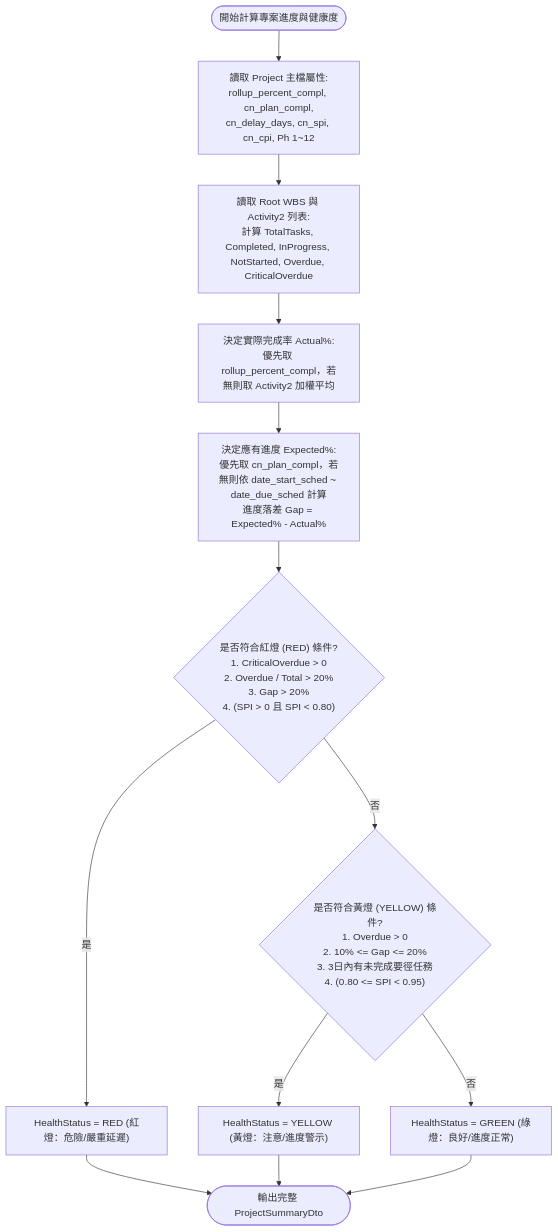
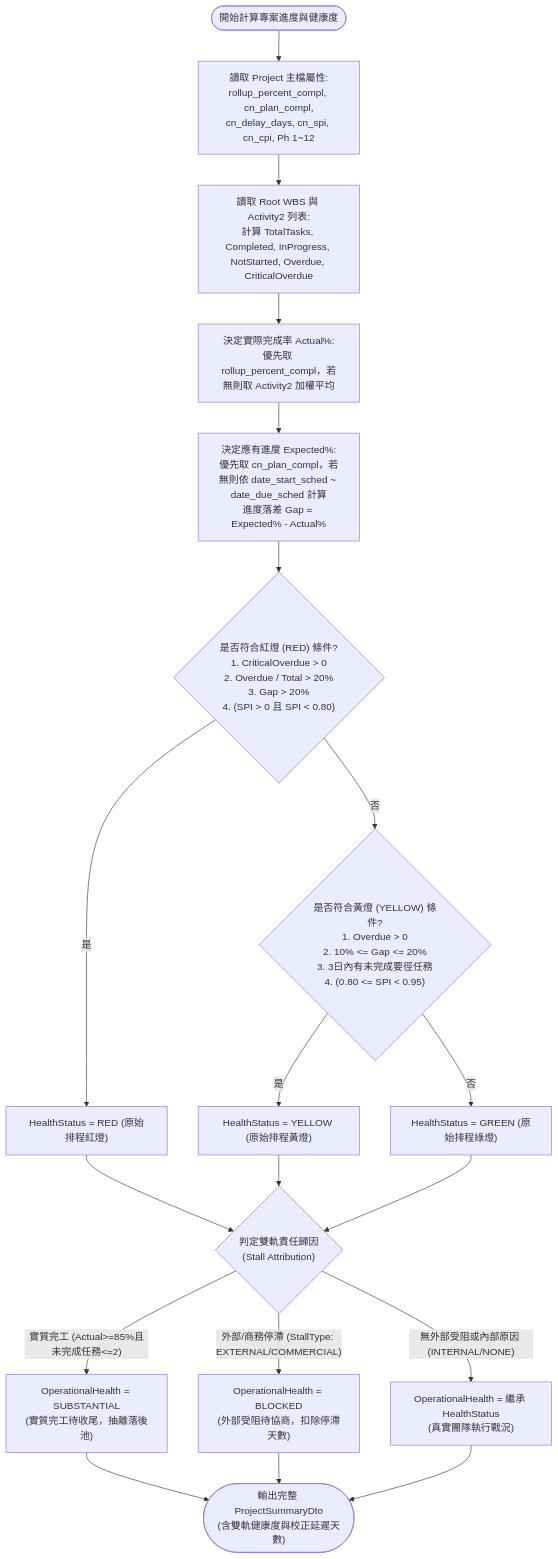
The sixth of 8 diagrams in spec.md (Jet0718/pmo_static), drawn with Mermaid before and after one commit. The commit also changed other lines of this file and 13 other files, not shown here.

````diff
--- a/spec.md
+++ b/spec.md
@@ -480,17 +526,25 @@
 ```mermaid
 flowchart TD
     Start(["開始計算專案進度與健康度"]) --> ExtractProj["讀取 Project 主檔屬性:\nrollup_percent_compl, cn_plan_compl,\ncn_delay_days, cn_spi, cn_cpi, Ph 1~12"]
     ExtractProj --> ExtractWbsAct["讀取 Root WBS 與 Activity2 列表:\n計算 TotalTasks, Completed, InProgress, NotStarted, Overdue, CriticalOverdue"]
     ExtractWbsAct --> CalcActual["決定實際完成率 Actual%:\n優先取 rollup_percent_compl，若無則取 Activity2 加權平均"]
     CalcActual --> CalcExpected["決定應有進度 Expected%:\n優先取 cn_plan_compl，若無則依 date_start_sched ~ date_due_sched 計算\n進度落差 Gap = Expected% - Actual%"]
 
     CalcExpected --> CheckRed{"是否符合紅燈 (RED) 條件?\n1. CriticalOverdue > 0\n2. Overdue / Total > 20%\n3. Gap > 20%\n4. (SPI > 0 且 SPI < 0.80)"}
-    CheckRed -- "是" --> LightRed["HealthStatus = RED (紅燈：危險/嚴重延遲)"]
+    CheckRed -- "是" --> LightRed["HealthStatus = RED (原始排程紅燈)"]
     CheckRed -- "否" --> CheckYellow{"是否符合黃燈 (YELLOW) 條件?\n1. Overdue > 0\n2. 10% <= Gap <= 20%\n3. 3日內有未完成要徑任務\n4. (0.80 <= SPI < 0.95)"}
-    CheckYellow -- "是" --> LightYellow["HealthStatus = YELLOW (黃燈：注意/進度警示)"]
-    CheckYellow -- "否" --> LightGreen["HealthStatus = GREEN (綠燈：良好/進度正常)"]
+    CheckYellow -- "是" --> LightYellow["HealthStatus = YELLOW (原始排程黃燈)"]
+    CheckYellow -- "否" --> LightGreen["HealthStatus = GREEN (原始排程綠燈)"]
 
-    LightRed --> Output(["輸出完整 ProjectSummaryDto"])
-    LightYellow --> Output
-    LightGreen --> Output
+    LightRed --> CheckDual{"判定雙軌責任歸因\n(Stall Attribution)"}
+    LightYellow --> CheckDual
+    LightGreen --> CheckDual
+
+    CheckDual -- "實質完工 (Actual>=85%且未完成任務<=2)" --> DualSub["OperationalHealth = SUBSTANTIAL\n(實質完工待收尾，抽離落後池)"]
+    CheckDual -- "外部/商務停滯 (StallType: EXTERNAL/COMMERCIAL)" --> DualBlocked["OperationalHealth = BLOCKED\n(外部受阻待協商，扣除停滯天數)"]
+    CheckDual -- "無外部受阻或內部原因 (INTERNAL/NONE)" --> DualInternal["OperationalHealth = 繼承 HealthStatus\n(真實團隊執行戰況)"]
+
+    DualSub --> Output(["輸出完整 ProjectSummaryDto\n(含雙軌健康度與校正延遲天數)"])
+    DualBlocked --> Output
+    DualInternal --> Output
 ```
````
